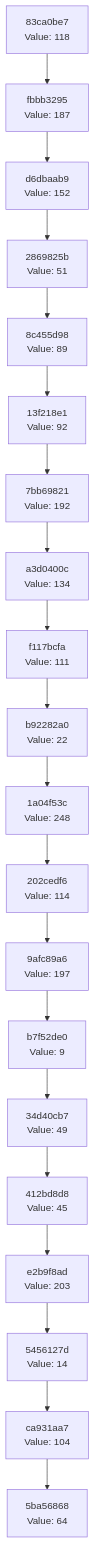
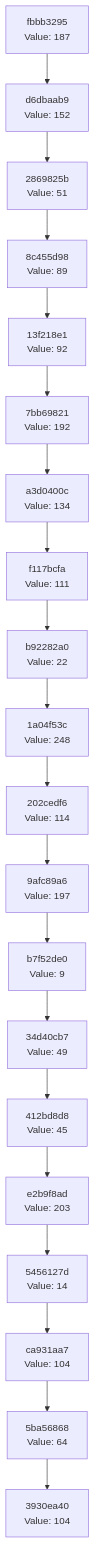
Before and after one commit to Abhisheksinha1506/hash-chain-evolver: the diagram in docs/CHAIN_VISUALIZATION.md, drawn with Mermaid. The commit also changed 2 other files, not shown here.

Commit message:
Evolution Step

````diff
--- a/docs/CHAIN_VISUALIZATION.md
+++ b/docs/CHAIN_VISUALIZATION.md
@@ -3,42 +3,42 @@
 ```mermaid
 graph TD
-    C0["5ba56868<br/>Value: 64"]
-    C1["ca931aa7<br/>Value: 104"]
+    C0["3930ea40<br/>Value: 104"]
+    C1["5ba56868<br/>Value: 64"]
     C1 --> C0
-    C2["5456127d<br/>Value: 14"]
+    C2["ca931aa7<br/>Value: 104"]
     C2 --> C1
-    C3["e2b9f8ad<br/>Value: 203"]
+    C3["5456127d<br/>Value: 14"]
     C3 --> C2
-    C4["412bd8d8<br/>Value: 45"]
+    C4["e2b9f8ad<br/>Value: 203"]
     C4 --> C3
-    C5["34d40cb7<br/>Value: 49"]
+    C5["412bd8d8<br/>Value: 45"]
     C5 --> C4
-    C6["b7f52de0<br/>Value: 9"]
+    C6["34d40cb7<br/>Value: 49"]
     C6 --> C5
-    C7["9afc89a6<br/>Value: 197"]
+    C7["b7f52de0<br/>Value: 9"]
     C7 --> C6
-    C8["202cedf6<br/>Value: 114"]
+    C8["9afc89a6<br/>Value: 197"]
     C8 --> C7
-    C9["1a04f53c<br/>Value: 248"]
+    C9["202cedf6<br/>Value: 114"]
     C9 --> C8
-    C10["b92282a0<br/>Value: 22"]
+    C10["1a04f53c<br/>Value: 248"]
     C10 --> C9
-    C11["f117bcfa<br/>Value: 111"]
+    C11["b92282a0<br/>Value: 22"]
     C11 --> C10
-    C12["a3d0400c<br/>Value: 134"]
+    C12["f117bcfa<br/>Value: 111"]
     C12 --> C11
-    C13["7bb69821<br/>Value: 192"]
+    C13["a3d0400c<br/>Value: 134"]
     C13 --> C12
-    C14["13f218e1<br/>Value: 92"]
+    C14["7bb69821<br/>Value: 192"]
     C14 --> C13
-    C15["8c455d98<br/>Value: 89"]
+    C15["13f218e1<br/>Value: 92"]
     C15 --> C14
-    C16["2869825b<br/>Value: 51"]
+    C16["8c455d98<br/>Value: 89"]
     C16 --> C15
-    C17["d6dbaab9<br/>Value: 152"]
+    C17["2869825b<br/>Value: 51"]
     C17 --> C16
-    C18["fbbb3295<br/>Value: 187"]
+    C18["d6dbaab9<br/>Value: 152"]
     C18 --> C17
-    C19["83ca0be7<br/>Value: 118"]
+    C19["fbbb3295<br/>Value: 187"]
     C19 --> C18
 ```
````
